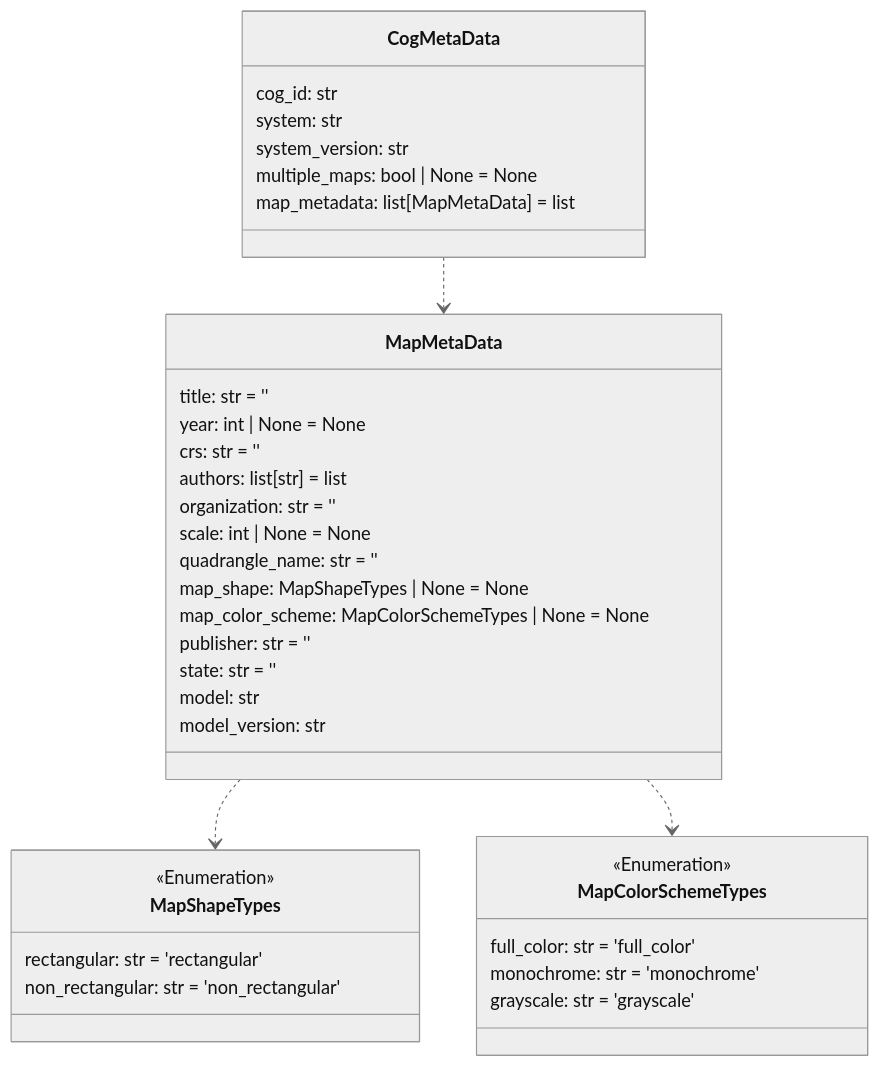
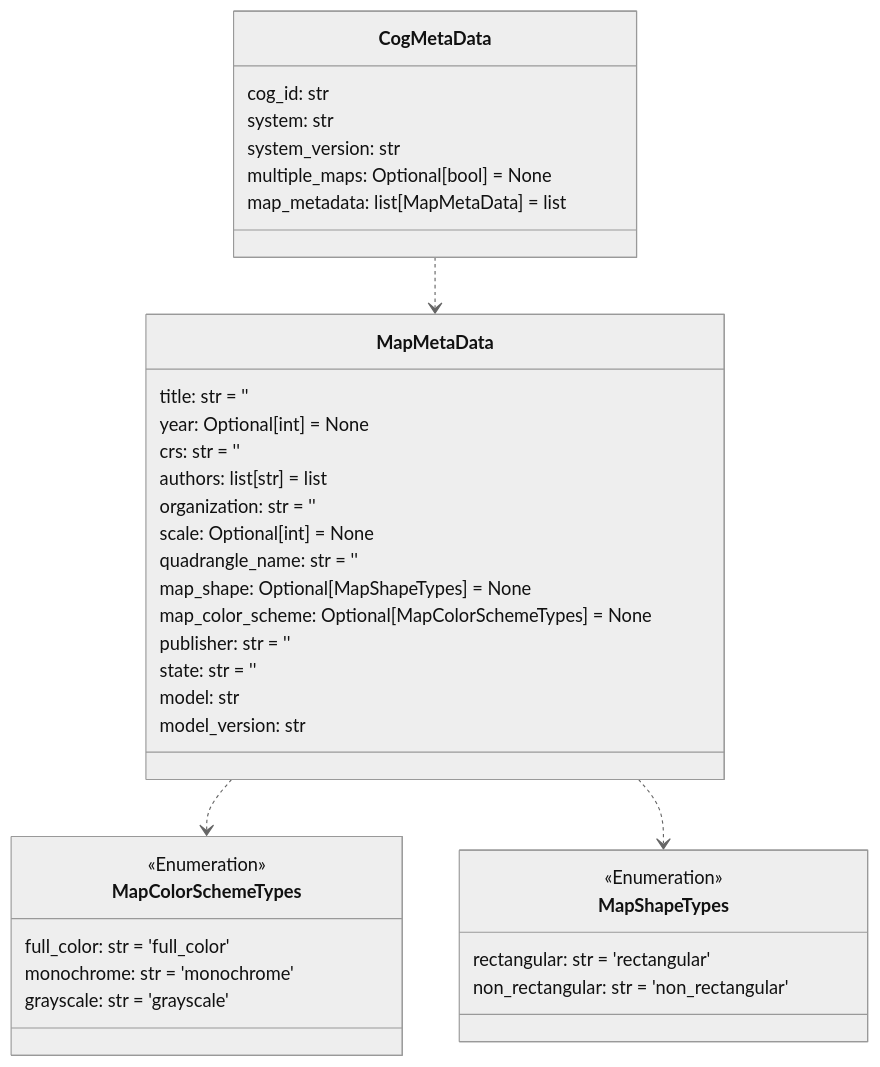
Before and after one commit to DARPA-CRITICALMAAS/cdr_schemas: the third of 14 diagrams in README.md, drawn with Mermaid (neutral theme). The commit also changed other lines of this file and 2 other files, not shown here.

````diff
--- a/README.md
+++ b/README.md
@@ -204,46 +204,46 @@
 ```mermaid
 classDiagram
-
-    class MapShapeTypes {
-        <<Enumeration>>
-        rectangular: str = 'rectangular'
-        non_rectangular: str = 'non_rectangular'
-    }
-
-    class MapMetaData {
-        title: str = ''
-        year: int | None = None
-        crs: str = ''
-        authors: list[str] = list
-        organization: str = ''
-        scale: int | None = None
-        quadrangle_name: str = ''
-        map_shape: MapShapeTypes | None = None
-        map_color_scheme: MapColorSchemeTypes | None = None
-        publisher: str = ''
-        state: str = ''
-        model: str
-        model_version: str
-    }
 
     class MapColorSchemeTypes {
         <<Enumeration>>
         full_color: str = 'full_color'
         monochrome: str = 'monochrome'
         grayscale: str = 'grayscale'
     }
 
+    class MapMetaData {
+        title: str = ''
+        year: Optional[int] = None
+        crs: str = ''
+        authors: list[str] = list
+        organization: str = ''
+        scale: Optional[int] = None
+        quadrangle_name: str = ''
+        map_shape: Optional[MapShapeTypes] = None
+        map_color_scheme: Optional[MapColorSchemeTypes] = None
+        publisher: str = ''
+        state: str = ''
+        model: str
+        model_version: str
+    }
+
+    class MapShapeTypes {
+        <<Enumeration>>
+        rectangular: str = 'rectangular'
+        non_rectangular: str = 'non_rectangular'
+    }
+
     class CogMetaData {
         cog_id: str
         system: str
         system_version: str
-        multiple_maps: bool | None = None
+        multiple_maps: Optional[bool] = None
         map_metadata: list[MapMetaData] = list
     }
 
+    MapMetaData ..> MapColorSchemeTypes
     MapMetaData ..> MapShapeTypes
-    MapMetaData ..> MapColorSchemeTypes
     CogMetaData ..> MapMetaData
 
 
 ```
````
